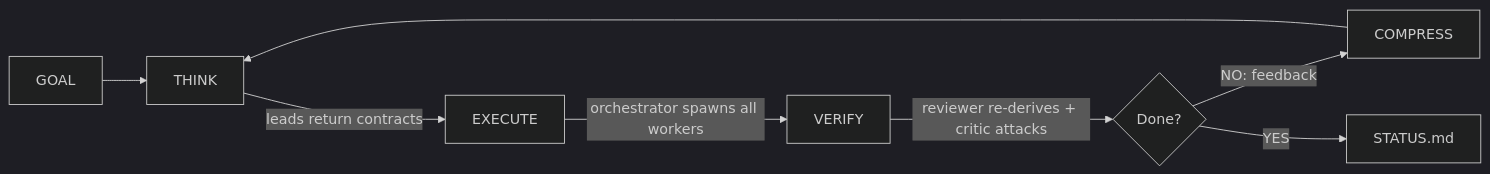
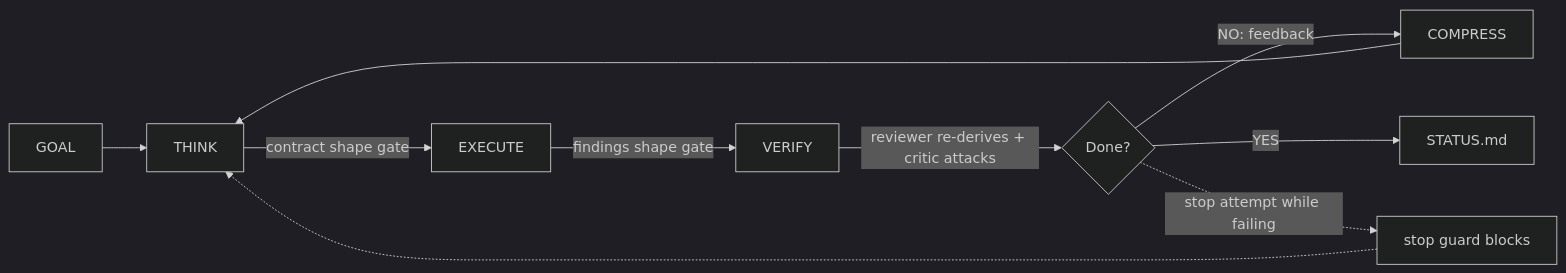
The diagram in README.md (jagmarques/company-skill), drawn with Mermaid (dark theme) before and after one commit. The commit also changed 1 other file, not shown here.

Commit message:
Show the gates in the loop graph and cut release 4.5.0 (#8)

````diff
--- a/README.md
+++ b/README.md
@@ -51,10 +51,12 @@
 ```mermaid
 graph LR
     G[GOAL] --> T[THINK]
-    T -->|leads return contracts| E[EXECUTE]
-    E -->|orchestrator spawns all workers| V[VERIFY]
+    T -->|contract shape gate| E[EXECUTE]
+    E -->|findings shape gate| V[VERIFY]
     V -->|reviewer re-derives + critic attacks| D{Done?}
     D -->|NO: feedback| C[COMPRESS]
     C --> T
     D -->|YES| S[STATUS.md]
+    D -.->|stop attempt while failing| B[stop guard blocks]
+    B -.-> T
 ```
````
